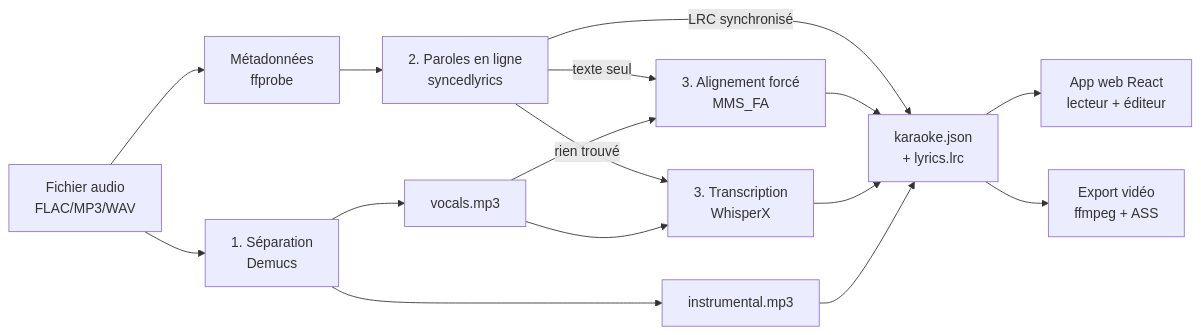
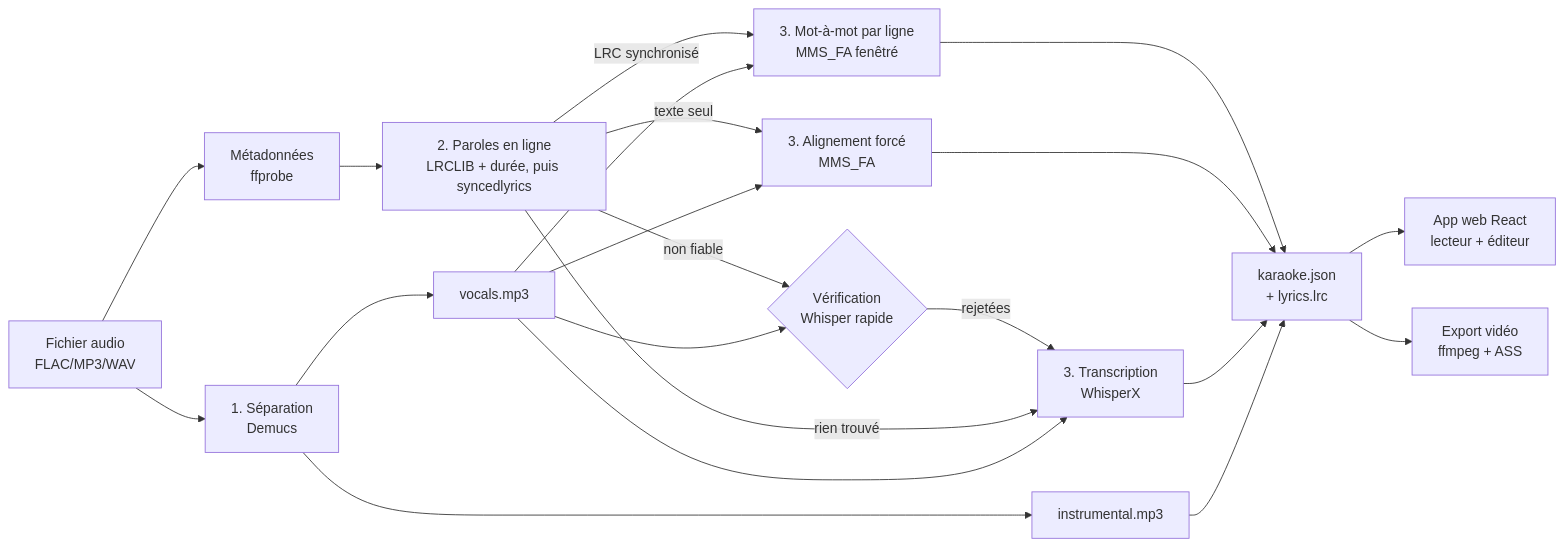
One commit to floSa/karaokit changed the diagram in docs/ARCHITECTURE.md. Above: the diagram before and after it, drawn with Mermaid. The commit also changed other lines of this file and 2 other files, not shown here.

````diff
--- a/docs/ARCHITECTURE.md
+++ b/docs/ARCHITECTURE.md
@@ -13,18 +13,23 @@
 ```mermaid
 flowchart LR
     A[Fichier audio<br/>FLAC/MP3/WAV] --> S[1. Séparation<br/>Demucs]
     S --> I[instrumental.mp3]
     S --> V[vocals.mp3]
     A --> M[Métadonnées<br/>ffprobe]
-    M --> L[2. Paroles en ligne<br/>syncedlyrics]
-    L -->|LRC synchronisé| J[karaoke.json<br/>+ lyrics.lrc]
+    M --> L[2. Paroles en ligne<br/>LRCLIB + durée, puis syncedlyrics]
+    L -->|non fiable| VF{Vérification<br/>Whisper rapide}
+    V --> VF
+    VF -->|rejetées| TR
+    L -->|LRC synchronisé| WL[3. Mot-à-mot par ligne<br/>MMS_FA fenêtré]
+    V --> WL
+    WL --> J[karaoke.json<br/>+ lyrics.lrc]
     L -->|texte seul| AL[3. Alignement forcé<br/>MMS_FA]
     V --> AL
     L -->|rien trouvé| TR[3. Transcription<br/>WhisperX]
     V --> TR
     AL --> J
     TR --> J
     I --> J
     J --> W[App web React<br/>lecteur + éditeur]
     J --> X[Export vidéo<br/>ffmpeg + ASS]
 ```
````
